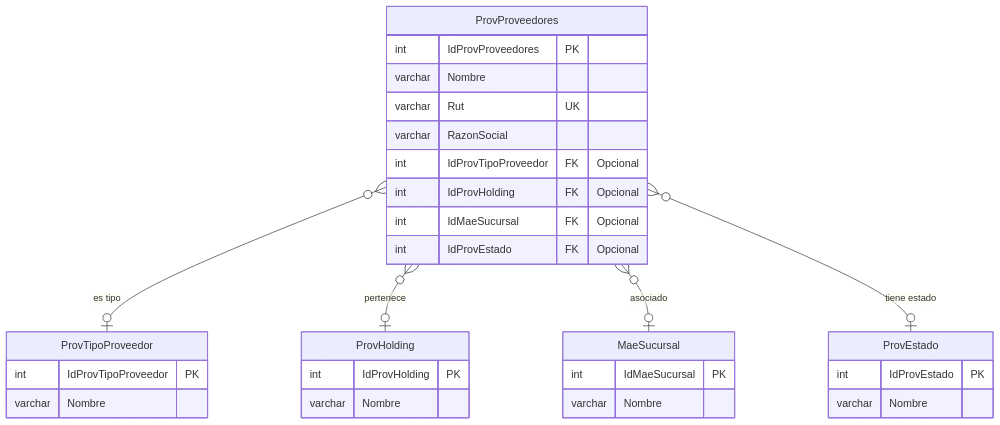
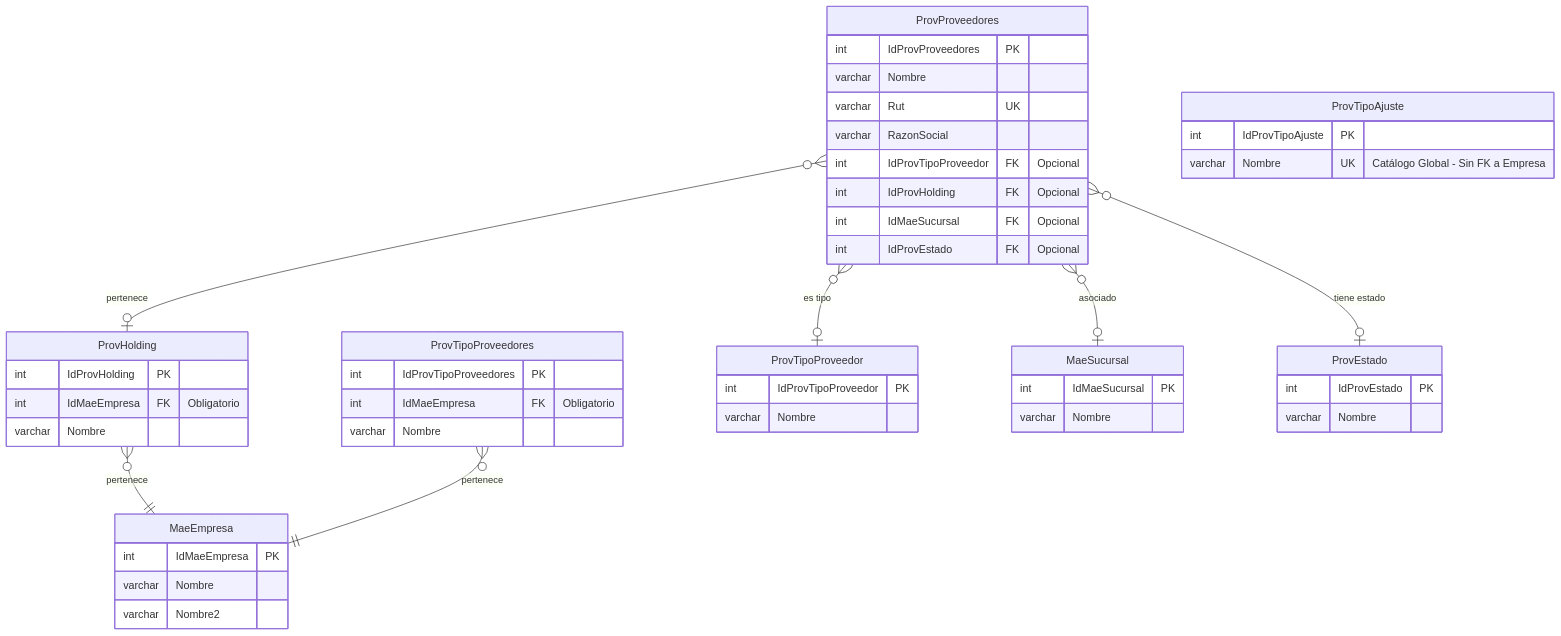
Before and after one commit to maxcastrovidal/sigavdocs: the second of 2 diagrams in Relaciones_Entidades.md, drawn with Mermaid. The commit also changed other lines of this file and 4 other files, not shown here.

First line of the commit message:
Documentación módulo Proveedores: Agregar análisis de ProvHolding, ProvTipoProveedores y ProvTipoAjuste

````diff
--- a/Relaciones_Entidades.md
+++ b/Relaciones_Entidades.md
@@ -168,38 +186,58 @@
 ```mermaid
 erDiagram
+    ProvHolding }o--|| MaeEmpresa : "pertenece"
+    ProvTipoProveedores }o--|| MaeEmpresa : "pertenece"
     ProvProveedores }o--o| ProvTipoProveedor : "es tipo"
     ProvProveedores }o--o| ProvHolding : "pertenece"
     ProvProveedores }o--o| MaeSucursal : "asociado"
     ProvProveedores }o--o| ProvEstado : "tiene estado"
+
+    ProvHolding {
+        int IdProvHolding PK
+        int IdMaeEmpresa FK "Obligatorio"
+        varchar Nombre
+    }
+
+    ProvTipoProveedores {
+        int IdProvTipoProveedores PK
+        int IdMaeEmpresa FK "Obligatorio"
+        varchar Nombre
+    }
+
+    ProvTipoAjuste {
+        int IdProvTipoAjuste PK
+        varchar Nombre UK "Catálogo Global - Sin FK a Empresa"
+    }
 
     ProvProveedores {
         int IdProvProveedores PK
         varchar Nombre
         varchar Rut UK
         varchar RazonSocial
         int IdProvTipoProveedor FK "Opcional"
         int IdProvHolding FK "Opcional"
         int IdMaeSucursal FK "Opcional"
         int IdProvEstado FK "Opcional"
     }
 
     ProvTipoProveedor {
         int IdProvTipoProveedor PK
         varchar Nombre
     }
 
-    ProvHolding {
-        int IdProvHolding PK
-        varchar Nombre
-    }
-
     ProvEstado {
         int IdProvEstado PK
         varchar Nombre
     }
 
     MaeSucursal {
         int IdMaeSucursal PK
         varchar Nombre
     }
+
+    MaeEmpresa {
+        int IdMaeEmpresa PK
+        varchar Nombre
+        varchar Nombre2
+    }
 ```
````
